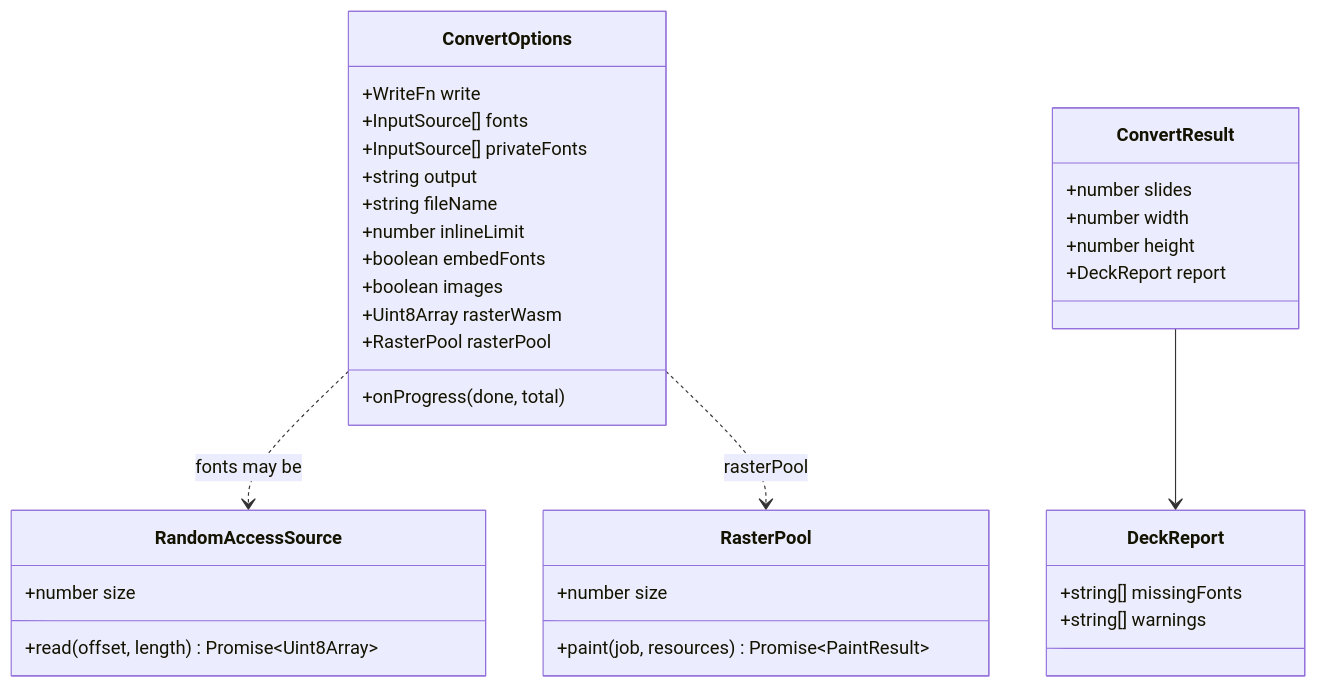
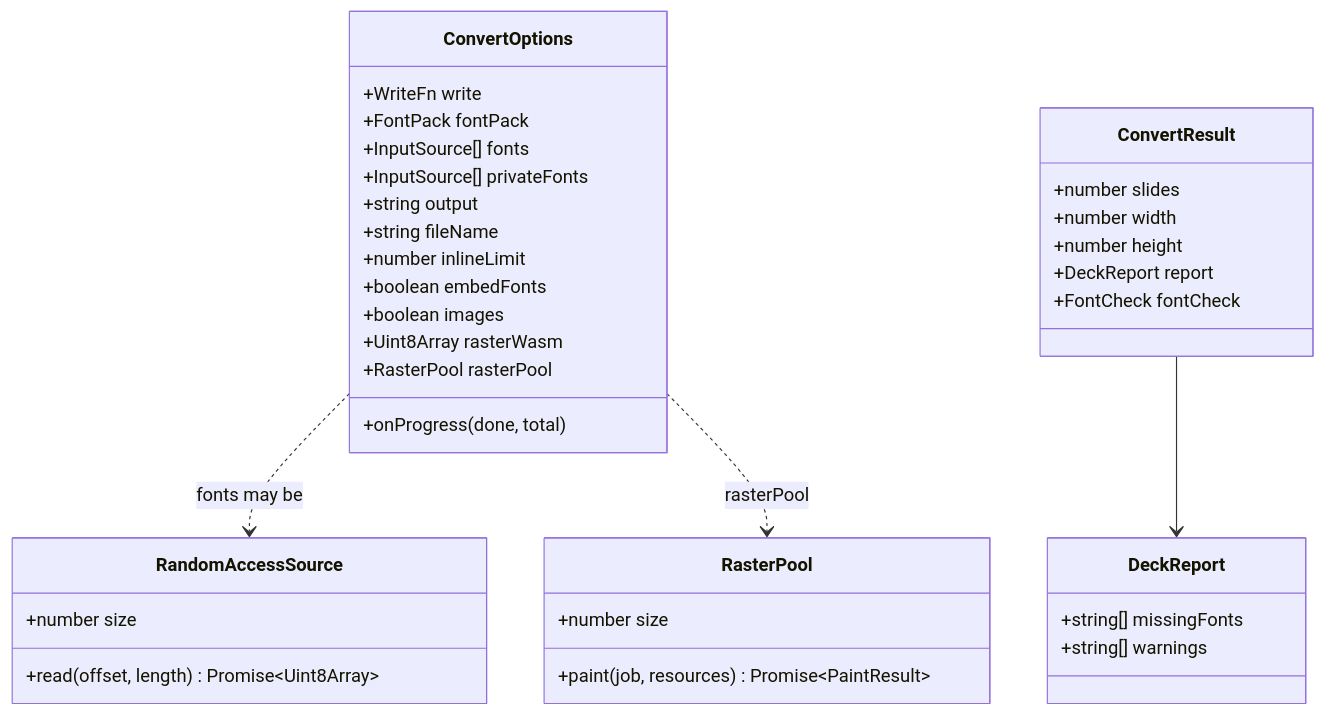
The fifth of 22 diagrams in docs/en/transcoding.md (spitmaster/unppt), drawn with Mermaid before and after one commit. The commit also changed other lines of this file and 15 other files, not shown here.

````diff
--- a/docs/en/transcoding.md
+++ b/docs/en/transcoding.md
@@ -279,37 +283,39 @@
 ```mermaid
 classDiagram
   class ConvertOptions {
     +WriteFn write
+    +FontPack fontPack
     +InputSource[] fonts
     +InputSource[] privateFonts
     +string output
     +string fileName
     +number inlineLimit
     +boolean embedFonts
     +boolean images
     +Uint8Array rasterWasm
     +RasterPool rasterPool
     +onProgress(done, total)
   }
   class ConvertResult {
     +number slides
     +number width
     +number height
     +DeckReport report
+    +FontCheck fontCheck
   }
   class DeckReport {
     +string[] missingFonts
     +string[] warnings
   }
   class RandomAccessSource {
     +number size
     +read(offset, length) Promise~Uint8Array~
   }
   class RasterPool {
     +number size
     +paint(job, resources) Promise~PaintResult~
   }
   ConvertResult --> DeckReport
   ConvertOptions ..> RandomAccessSource : fonts may be
   ConvertOptions ..> RasterPool : rasterPool
 ```
````
